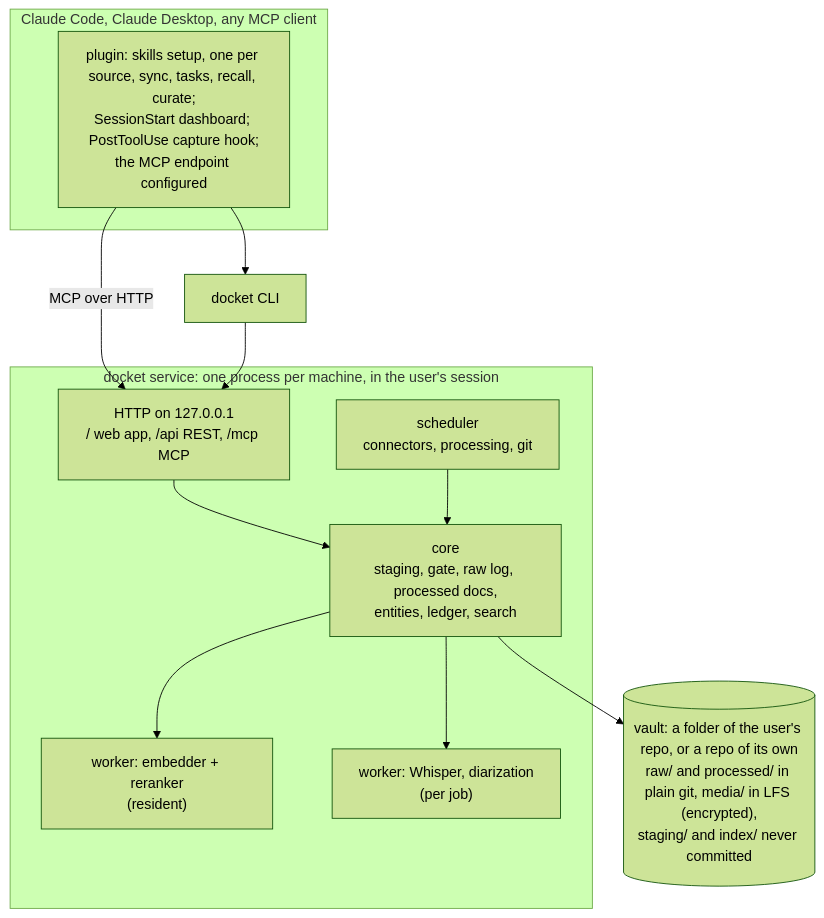
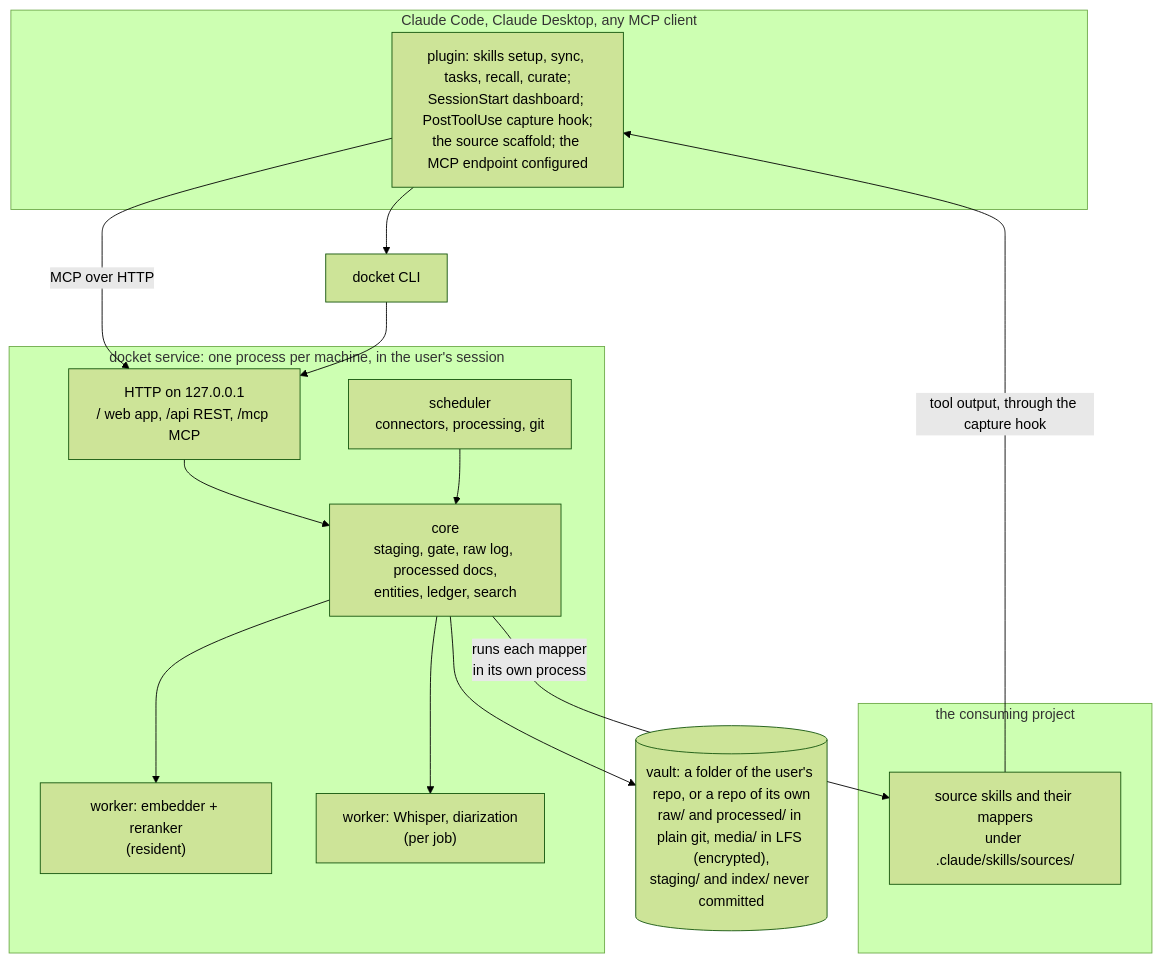
Before and after one commit to serionist/docket: the third of 3 diagrams in docs/design.md, drawn with Mermaid (forest theme). The commit also changed other lines of this file and 3 other files, not shown here.

First line of the commit message:
Move source skills to the project; drop sources/ from the vault layout

````diff
--- a/docs/design.md
+++ b/docs/design.md
@@ -157,23 +161,28 @@
 ```mermaid
 flowchart TB
   subgraph Claude["Claude Code, Claude Desktop, any MCP client"]
-    PL["plugin: skills setup, one per source, sync, tasks, recall, curate;<br/>SessionStart dashboard; PostToolUse capture hook;<br/>the MCP endpoint configured"]
+    PL["plugin: skills setup, sync, tasks, recall, curate;<br/>SessionStart dashboard; PostToolUse capture hook;<br/>the source scaffold; the MCP endpoint configured"]
+  end
+  subgraph PROJ["the consuming project"]
+    SS["source skills and their mappers<br/>under .claude/skills/sources/"]
   end
   subgraph SVC["docket service: one process per machine, in the user's session"]
     HTTP["HTTP on 127.0.0.1<br/>/ web app, /api REST, /mcp MCP"]
     CORE["core<br/>staging, gate, raw log, processed docs,<br/>entities, ledger, search"]
     SCH["scheduler<br/>connectors, processing, git"]
     W1["worker: embedder + reranker<br/>(resident)"]
     W2["worker: Whisper, diarization<br/>(per job)"]
   end
   CLI["docket CLI"]
   VAULT[("vault: a folder of the user's repo, or a repo of its own<br/>raw/ and processed/ in plain git, media/ in LFS (encrypted),<br/>staging/ and index/ never committed")]
   PL -- "MCP over HTTP" --> HTTP
   PL --> CLI
+  SS -- "tool output, through the capture hook" --> PL
+  CORE -- "runs each mapper<br/>in its own process" --> SS
   CLI --> HTTP
   HTTP --> CORE
   SCH --> CORE
   CORE --> W1
   CORE --> W2
   CORE --> VAULT
 ```
````
